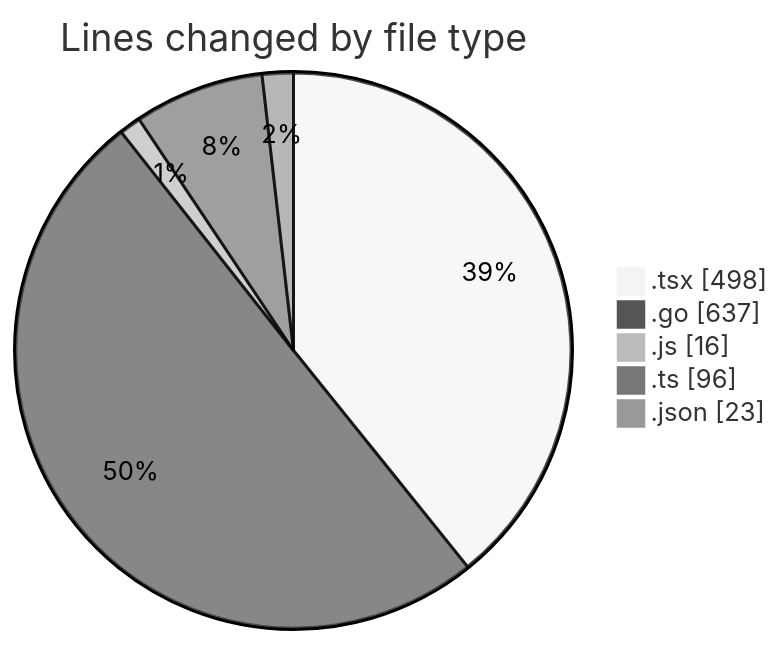
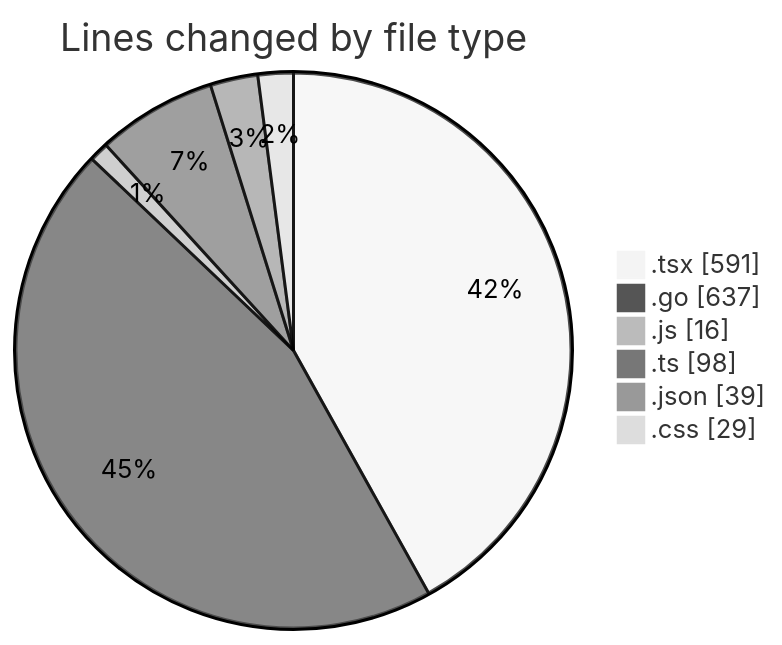
One commit to robertbonfada/code-tracking changed the first of 2 diagrams in 2025-03-04/termonied_testador/README.md. Above: the diagram before and after it, drawn with Mermaid (neutral theme). The commit also changed other lines of this file and 1 other file, not shown here.

````diff
--- a/2025-03-04/termonied_testador/README.md
+++ b/2025-03-04/termonied_testador/README.md
@@ -28,9 +31,10 @@
 ```mermaid
 pie showData
 title Lines changed by file type
-".tsx" : 498
+".tsx" : 591
 ".go" : 637
 ".js" : 16
-".ts" : 96
-".json" : 23
+".ts" : 98
+".json" : 39
+".css" : 29
 ```
````
